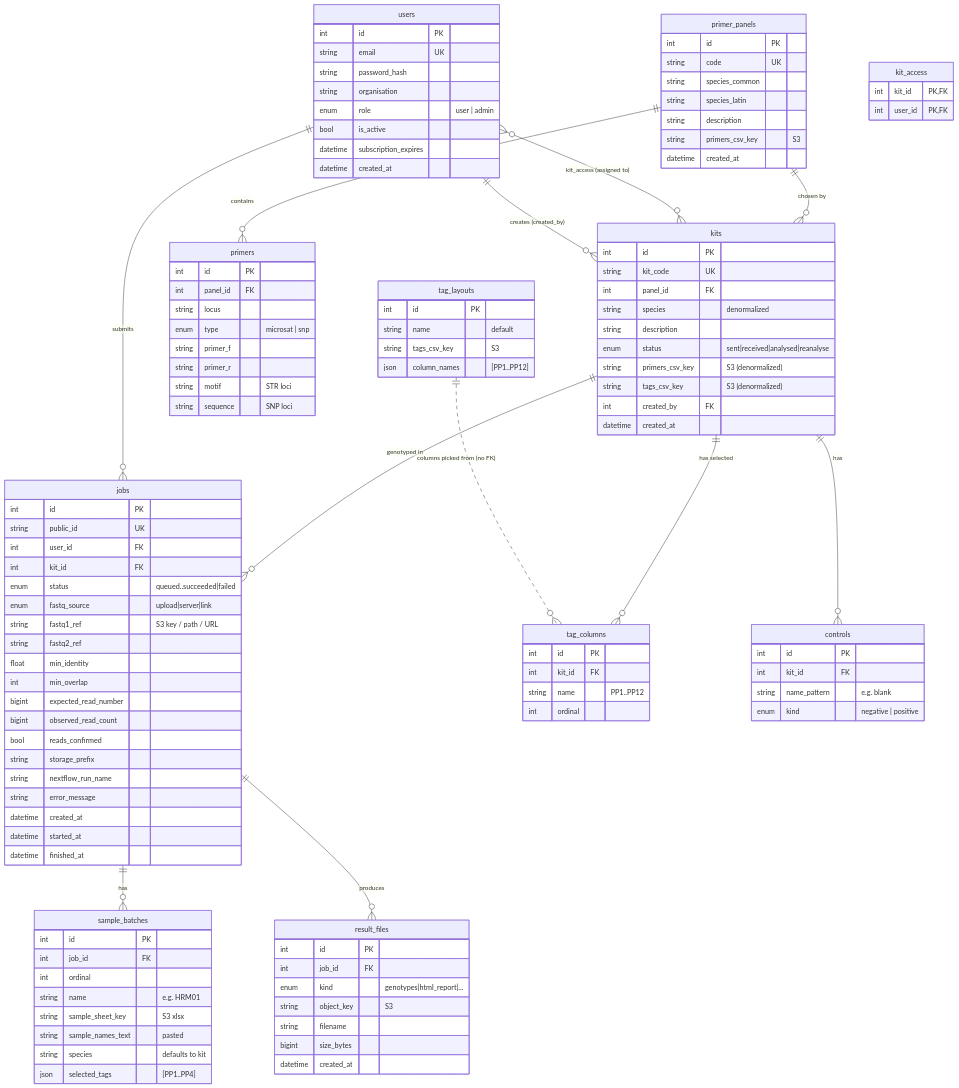
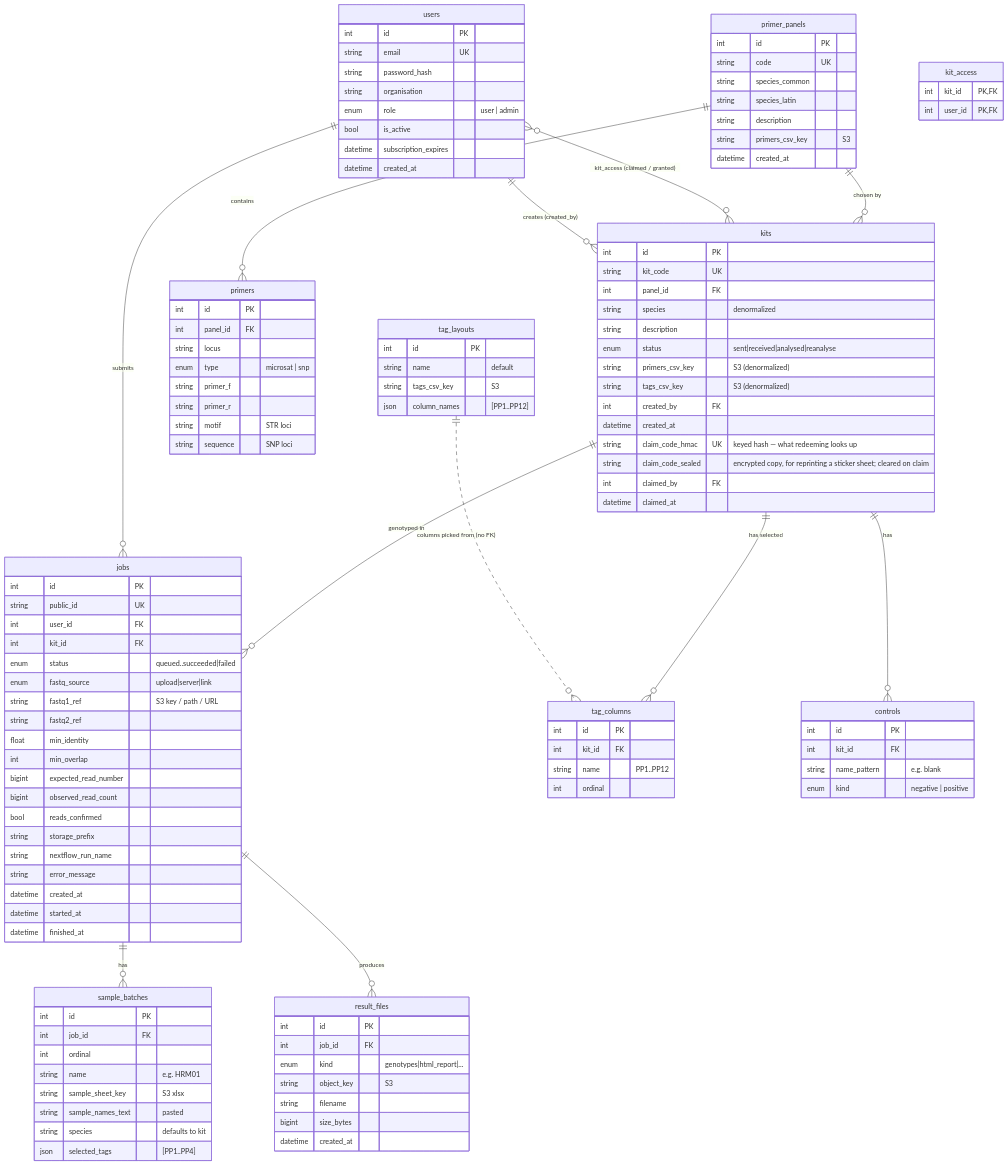
The diagram in docs/data-model.md (divjalabs/STReamGT), drawn with Mermaid before and after one commit. The commit also changed other lines of this file and 19 other files, not shown here.

```diff
--- a/docs/data-model.md
+++ b/docs/data-model.md
@@ -6,7 +6,7 @@
 erDiagram
     users ||--o{ jobs          : "submits"
     users ||--o{ kits          : "creates (created_by)"
-    users }o--o{ kits          : "kit_access (assigned to)"
+    users }o--o{ kits          : "kit_access (claimed / granted)"
     primer_panels ||--o{ primers : "contains"
     primer_panels ||--o{ kits    : "chosen by"
     tag_layouts  ||..o{ tag_columns : "columns picked from (no FK)"
@@ -66,6 +66,10 @@
         string   tags_csv_key "S3 (denormalized)"
         int      created_by FK
         datetime created_at
+        string   claim_code_hmac UK "keyed hash — what redeeming looks up"
+        string   claim_code_sealed "encrypted copy, for reprinting a sticker sheet; cleared on claim"
+        int      claimed_by FK
+        datetime claimed_at
     }
 
     tag_columns {
```
